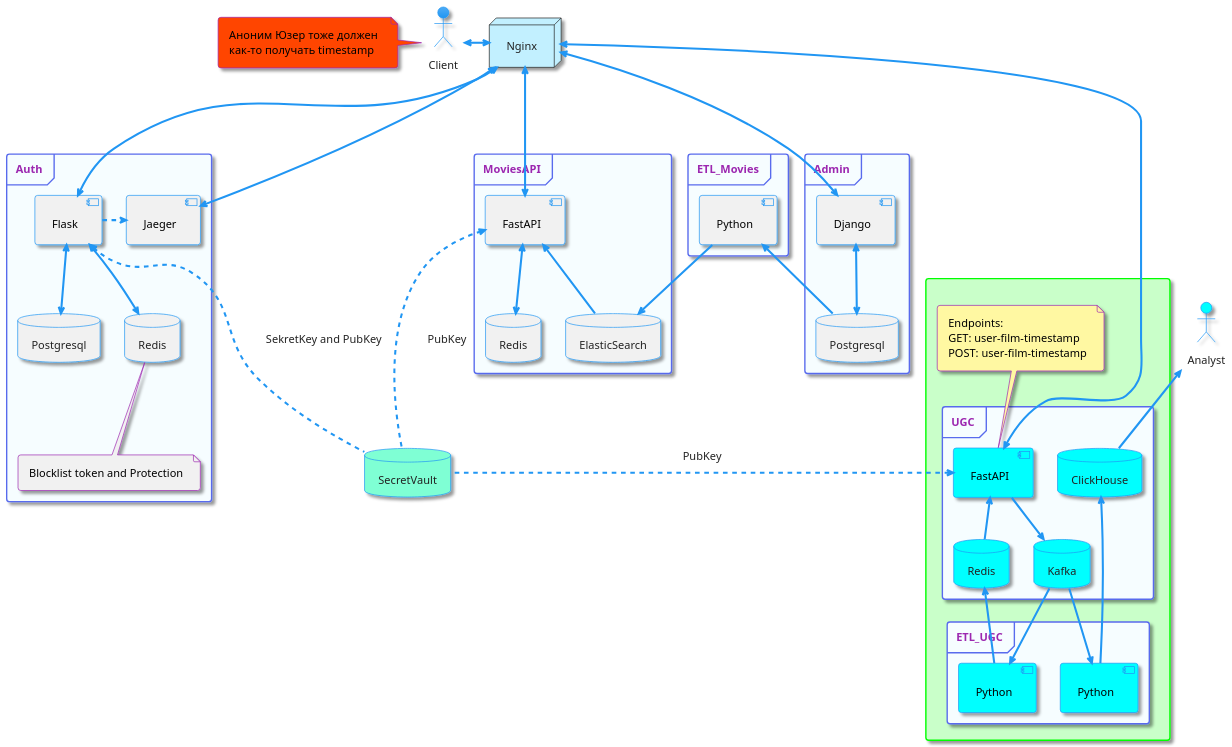
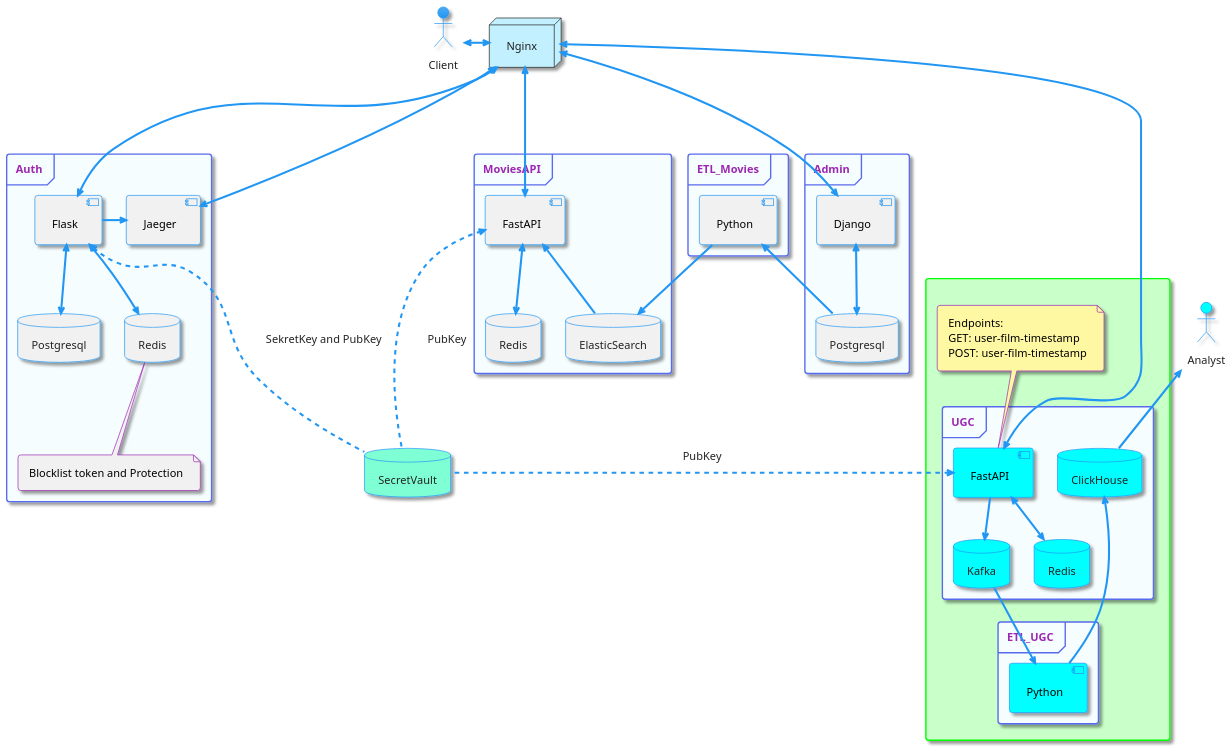
One commit to Practicum-24-10/UGC changed the diagram in components.puml. Above: the diagram before and after it, drawn with PlantUML.

Commit message:
Update diagram

```diff
--- a/components.puml
+++ b/components.puml
@@ -1,111 +1,103 @@
 @startuml as_is
 !theme materia
 
 skinparam default {
     FontName Arial
     FontSize 16
 }
 
 skinparam component {
     Style uml2
     BackgroundColor #f1f1f1
     FontColor #000
 }
 
 skinparam note {
     BackgroundColor #f1f1f1
     FontColor #000
 }
 
 skinparam database {
     BackgroundColor #f1f1f1
 }
 
 skinparam FrameBorderColor #596bed
 skinparam FrameBackgroundColor #f6fdff
 skinparam RectangleBorderColor #Lime
 skinparam RectangleBackgroundColor #TECHNOLOGY
 
 actor Client
 actor Analyst #aqua
 node Nginx #APPLICATION
 
 database SecretVault #Aquamarine
 
 frame Admin {
     component Django
     database Postgresql as AdminPostgres
 }
 
 frame MoviesAPI {
     database ElasticSearch
     database Redis as RedisCache
     component FastAPI as MoviesFastAPI
 }
 
 frame ETL_Movies {
     component Python as ETL_Postgres_Elastic
 }
 
 frame Auth {
     component Flask
     database Postgresql as AuthPostgres
     database Redis as AuthRedis
     component Jaeger
 
     note bottom of [AuthRedis]
         Blocklist token and Protection
     end note
 }
 
 rectangle {
     frame UGC {
         component FastAPI as UGC_FastAPI #aqua
         database Kafka #aqua
         database ClickHouse #aqua
-        database Redis as ETL_Redis #aqua
+        database Redis as UGC_Redis #aqua
     }
     
     note top of [UGC_FastAPI] #fff8a2
         Endpoints:
         GET: user-film-timestamp
         POST: user-film-timestamp
     end note
 
     frame ETL_UGC {
-        component Python as ETL_Kafka_Redis #aqua
         component Python as ETL_Kafka_Click #aqua
     }
 }
-
-note left of [Client] #OrangeRed
-    Аноним Юзер тоже должен 
-    как-то получать timestamp
-end note
 
 Client <-> Nginx
 Nginx <---> Django
 Django <-down-> AdminPostgres
 ETL_Postgres_Elastic <-down- AdminPostgres
 ETL_Postgres_Elastic -down-> ElasticSearch
 Nginx <---> MoviesFastAPI
 MoviesFastAPI <-down- ElasticSearch
 MoviesFastAPI <-down-> RedisCache
 Nginx <-down--> Flask
 Flask <-down-> AuthPostgres
 Flask <-down-> AuthRedis
 Nginx <-down-> Jaeger
-Flask .> Jaeger
+Flask -> Jaeger
 Nginx <-----> UGC_FastAPI
 UGC_FastAPI -down-> Kafka
-UGC_FastAPI <-down- ETL_Redis
+UGC_FastAPI <-down-> UGC_Redis
 ETL_Kafka_Click <-up- Kafka
 ETL_Kafka_Click -up-> ClickHouse
-ETL_Kafka_Redis <-up- Kafka
-ETL_Kafka_Redis -up-> ETL_Redis
 Analyst <-- ClickHouse
 Flask <.. SecretVault: SekretKey and PubKey
 MoviesFastAPI <. SecretVault: PubKey
 UGC_FastAPI <. SecretVault: PubKey
 
-@enduml 
+@enduml
```
